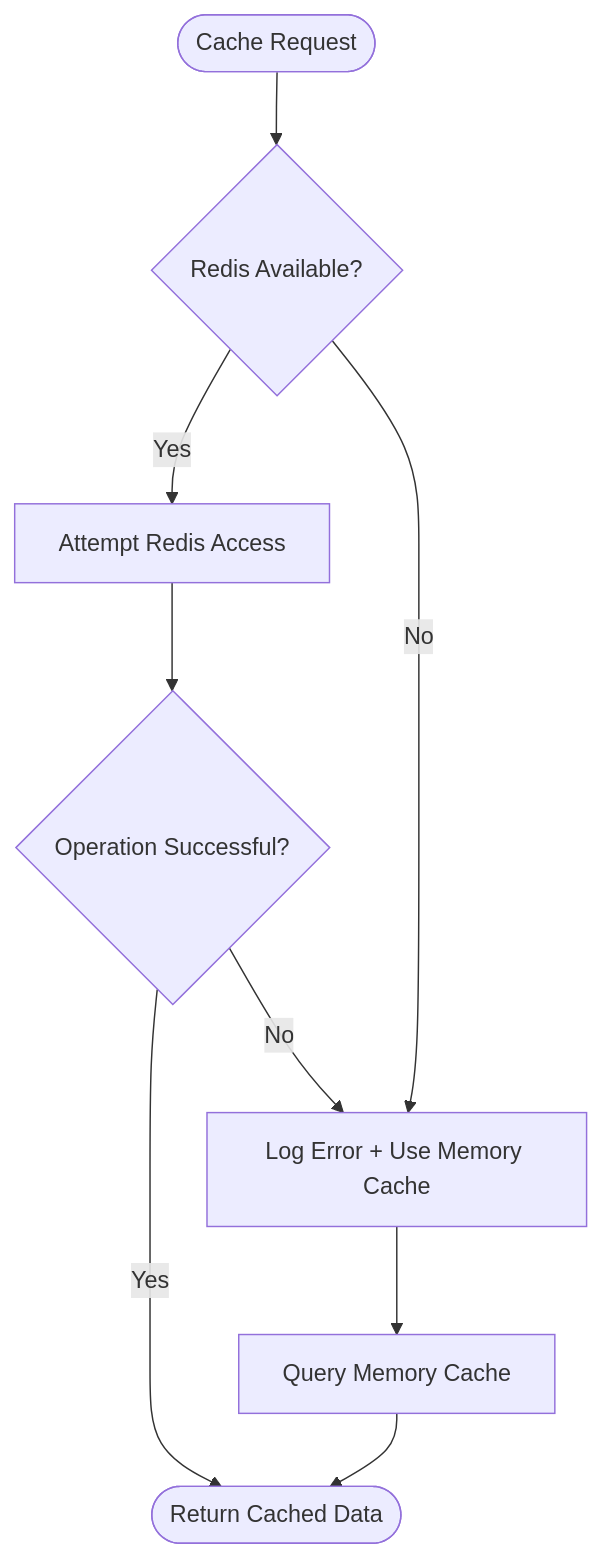
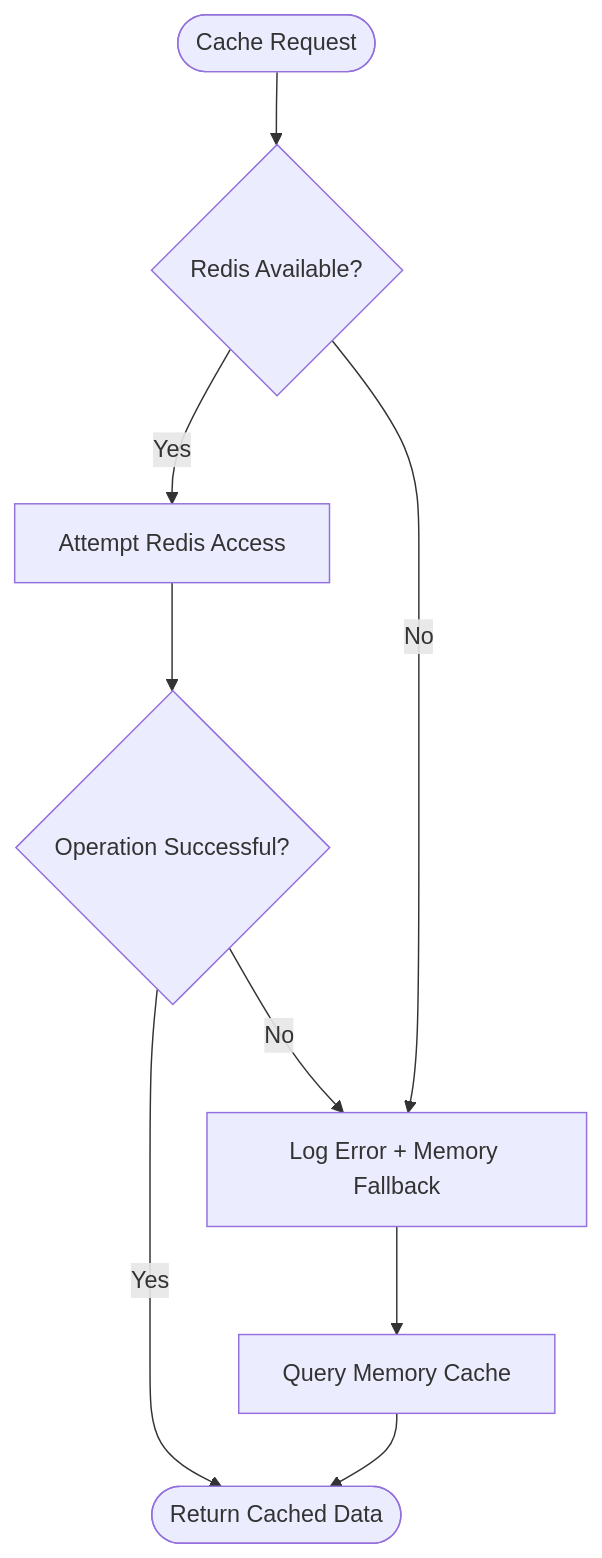
The third of 5 diagrams in src/Core.DistributedCache/README.md (FEDERIN/CoreSystem), drawn with Mermaid before and after one commit. The commit also changed other lines of this file and 10 other files, not shown here.

````diff
--- a/src/Core.DistributedCache/README.md
+++ b/src/Core.DistributedCache/README.md
@@ -64,21 +115,21 @@
 ```mermaid
 flowchart TD
 
     Request([Cache Request])
 
     Request --> RedisCheck{Redis Available?}
 
     RedisCheck -- Yes --> RedisAccess[Attempt Redis Access]
 
     RedisAccess --> Success{Operation Successful?}
 
     Success -- Yes --> Return([Return Cached Data])
 
-    Success -- No --> Fallback[Log Error + Use Memory Cache]
+    Success -- No --> Fallback[Log Error + Memory Fallback]
 
     RedisCheck -- No --> Fallback
 
     Fallback --> MemoryAccess[Query Memory Cache]
 
     MemoryAccess --> Return
 ```
````
